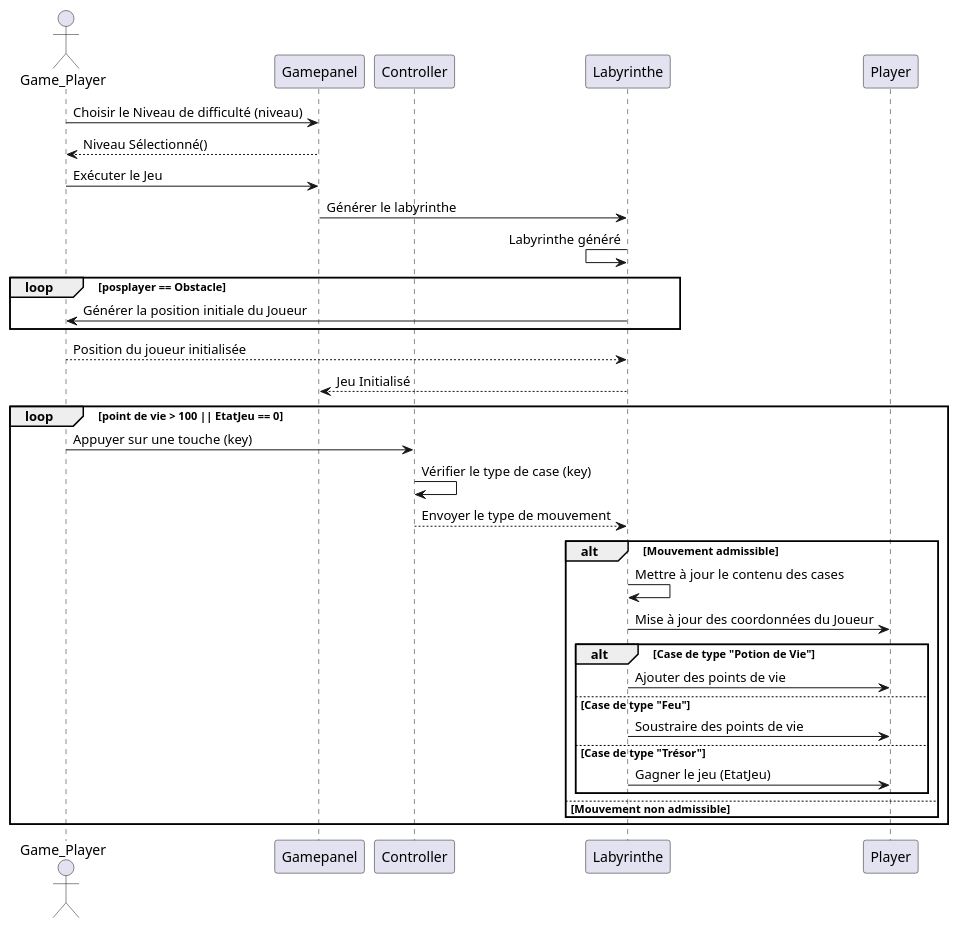
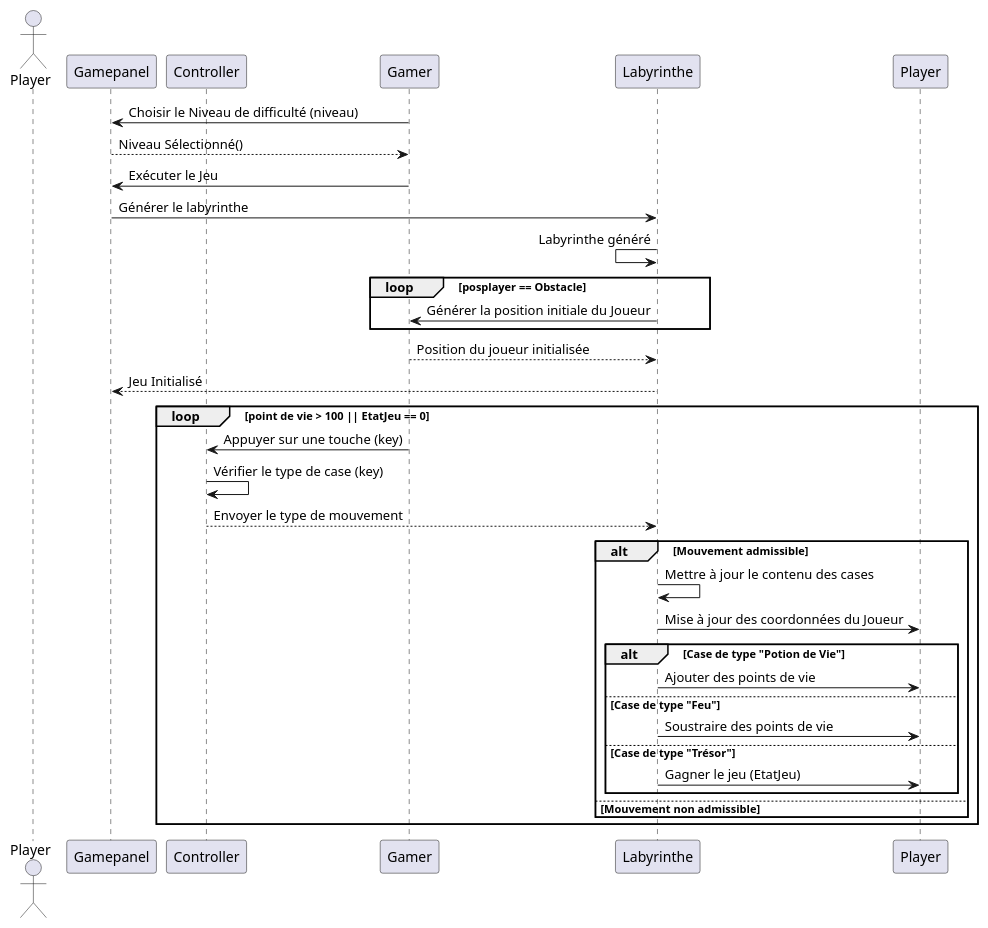
Before and after one commit to walidbrini/ACL-2023-UL-MAX: the diagram in Documents/sprint3/diagramme_de_sequence_jeu_detaille_sprint_3.puml, drawn with PlantUML. The commit also changed 3 other files, not shown here.

```diff
--- a/Documents/sprint3/diagramme_de_sequence_jeu_detaille_sprint_3.puml
+++ b/Documents/sprint3/diagramme_de_sequence_jeu_detaille_sprint_3.puml
@@ -1,38 +1,38 @@
 @startuml
-actor Game_Player as Gamer
+actor Player as player
 participant Gamepanel as Game_Panel
 participant Controller as Controller
 
 Gamer -> Game_Panel: Choisir le Niveau de difficulté (niveau)
 Game_Panel --> Gamer: Niveau Sélectionné()
 Gamer -> Game_Panel: Exécuter le Jeu
 Game_Panel -> Labyrinthe: Générer le labyrinthe
 Labyrinthe <- Labyrinthe: Labyrinthe généré
 
 loop posplayer == Obstacle
     Labyrinthe -> Gamer: Générer la position initiale du Joueur
 end
 
 Gamer --> Labyrinthe: Position du joueur initialisée
 Labyrinthe --> Game_Panel: Jeu Initialisé
 
 loop point de vie > 100 || EtatJeu == 0
     Gamer -> Controller: Appuyer sur une touche (key)
     Controller -> Controller: Vérifier le type de case (key)
     Controller --> Labyrinthe: Envoyer le type de mouvement
 
     alt Mouvement admissible
         Labyrinthe -> Labyrinthe: Mettre à jour le contenu des cases
         Labyrinthe -> Player : Mise à jour des coordonnées du Joueur
         alt Case de type "Potion de Vie"
             Labyrinthe -> Player: Ajouter des points de vie
         else Case de type "Feu"
             Labyrinthe -> Player: Soustraire des points de vie
         else Case de type "Trésor"
             Labyrinthe -> Player: Gagner le jeu (EtatJeu)
         end
     else Mouvement non admissible
     end
 end
 
 @enduml
```
